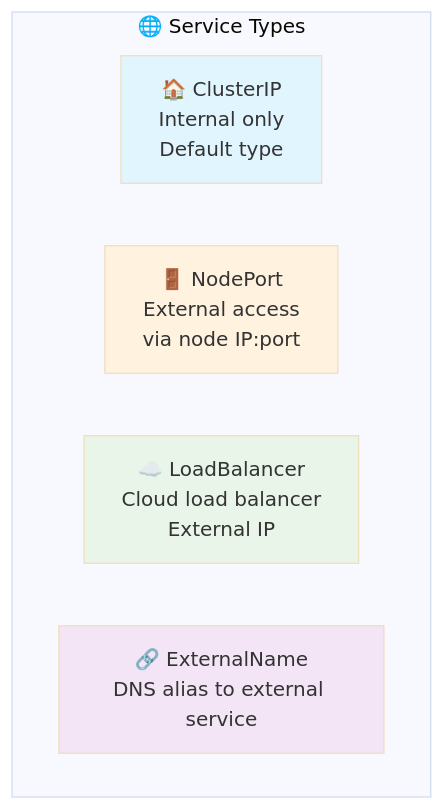
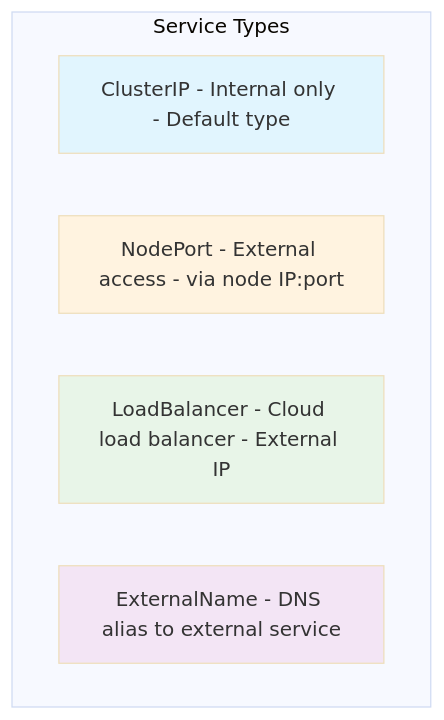
Diagram 19 of 26 in Section-2-DevOps/Session-7_Kubernetes/04-services-networking/README-FULL.md (manikcloud/cloud-devops-learning-path), drawn with Mermaid (base theme) before and after one commit. The commit also changed other lines of this file and 1 other file, not shown here.

First line of the commit message:
Fix remaining mermaid diagram syntax errors in both README files

````diff
--- a/Section-2-DevOps/Session-7_Kubernetes/04-services-networking/README-FULL.md
+++ b/Section-2-DevOps/Session-7_Kubernetes/04-services-networking/README-FULL.md
@@ -940,14 +940,14 @@
 ```mermaid
 graph TB
-    subgraph "🌐 Service Types"
-        A[🏠 ClusterIP<br/>Internal only<br/>Default type]
-        B[🚪 NodePort<br/>External access<br/>via node IP:port]
-        C[☁️ LoadBalancer<br/>Cloud load balancer<br/>External IP]
-        D[🔗 ExternalName<br/>DNS alias to external service]
+    subgraph "Service Types"
+        A[ClusterIP - Internal only - Default type]
+        B[NodePort - External access - via node IP:port]
+        C[LoadBalancer - Cloud load balancer - External IP]
+        D[ExternalName - DNS alias to external service]
     end
     
     style A fill:#e1f5fe
     style B fill:#fff3e0
     style C fill:#e8f5e8
     style D fill:#f3e5f5
 ```
````
